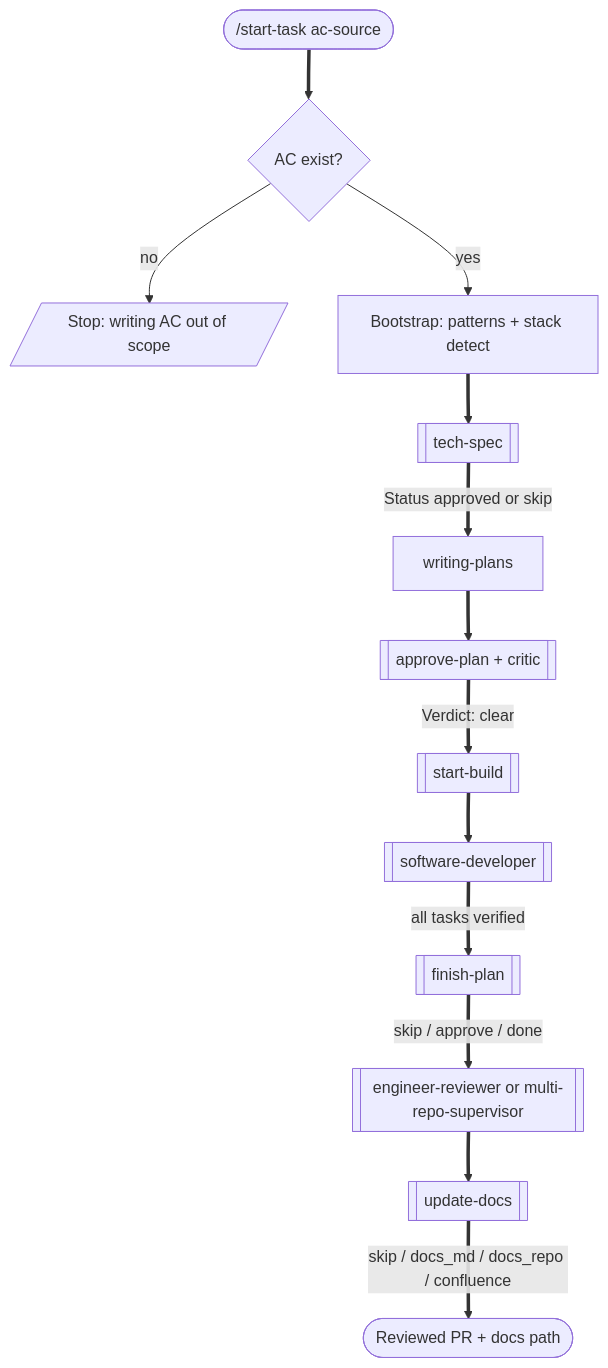
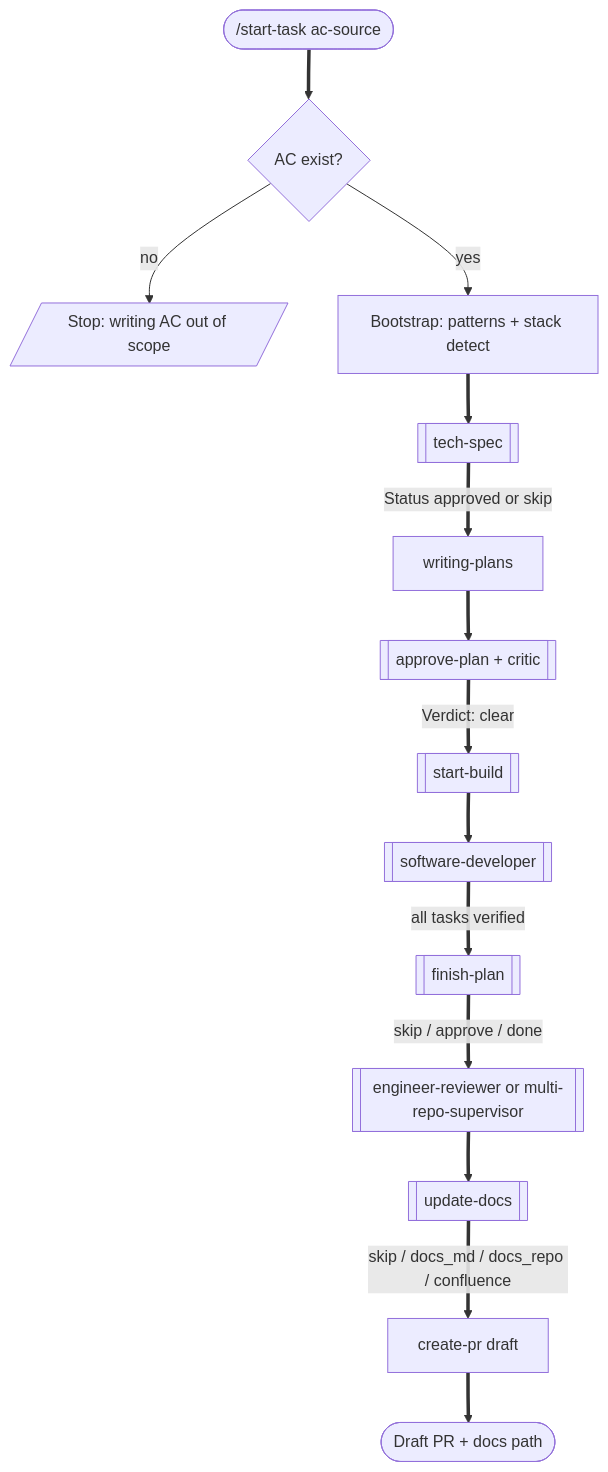
One commit to a-trembak/cursor-spells changed the first of 11 diagrams in docs/superpowers/pipeline-flow.md. Above: the diagram before and after it, drawn with Mermaid. The commit also changed other lines of this file and 36 other files, not shown here.

````diff
--- a/docs/superpowers/pipeline-flow.md
+++ b/docs/superpowers/pipeline-flow.md
@@ -28,29 +30,31 @@
 ```mermaid
 flowchart TD
   startNode(["/start-task ac-source"])
   noAc{AC exist?}
   stopNoAc[/"Stop: writing AC out of scope"/]
   bootstrap["Bootstrap: patterns + stack detect"]
   techSpec[["tech-spec"]]
   planWrite["writing-plans"]
   approvePlan[["approve-plan + critic"]]
   startBuild[["start-build"]]
   softwareDev[["software-developer"]]
   finishPlan[["finish-plan"]]
   engReview[["engineer-reviewer or multi-repo-supervisor"]]
   updateDocs[["update-docs"]]
-  doneNode(["Reviewed PR + docs path"])
+  createPr["create-pr draft"]
+  doneNode(["Draft PR + docs path"])
 
   startNode ==> noAc
   noAc -->|"no"| stopNoAc
   noAc -->|"yes"| bootstrap
   bootstrap ==> techSpec
   techSpec ==>|"Status approved or skip"| planWrite
   planWrite ==> approvePlan
   approvePlan ==>|"Verdict: clear"| startBuild
   startBuild ==> softwareDev
   softwareDev ==>|"all tasks verified"| finishPlan
   finishPlan ==>|"skip / approve / done"| engReview
   engReview ==> updateDocs
-  updateDocs ==>|"skip / docs_md / docs_repo / confluence"| doneNode
+  updateDocs ==>|"skip / docs_md / docs_repo / confluence"| createPr
+  createPr ==> doneNode
 ```
````
